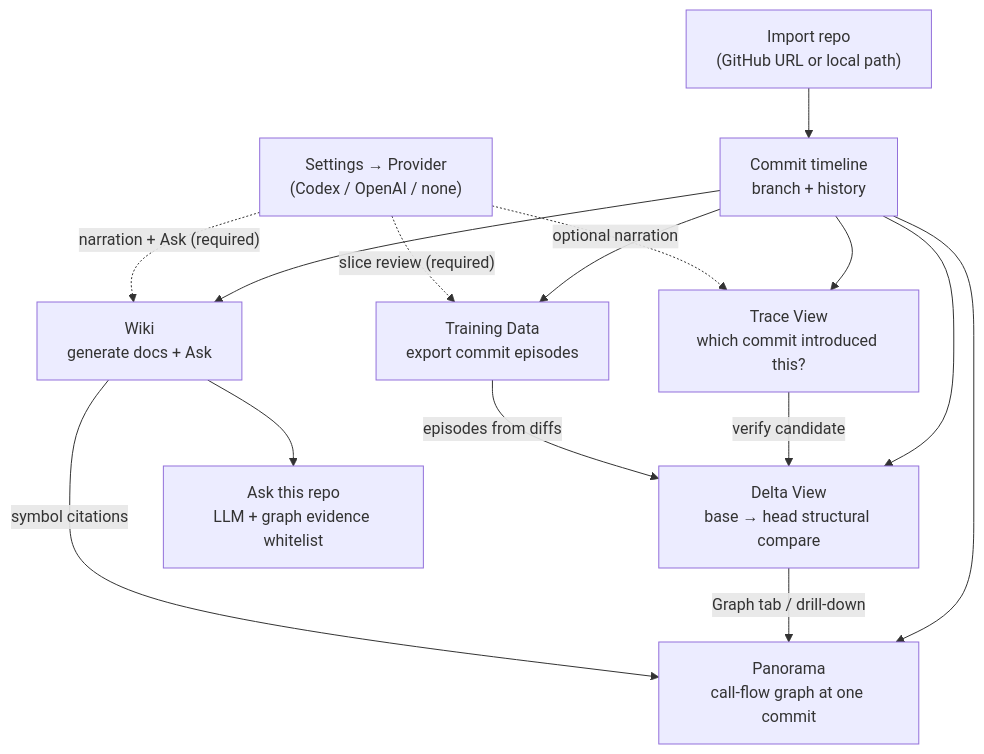
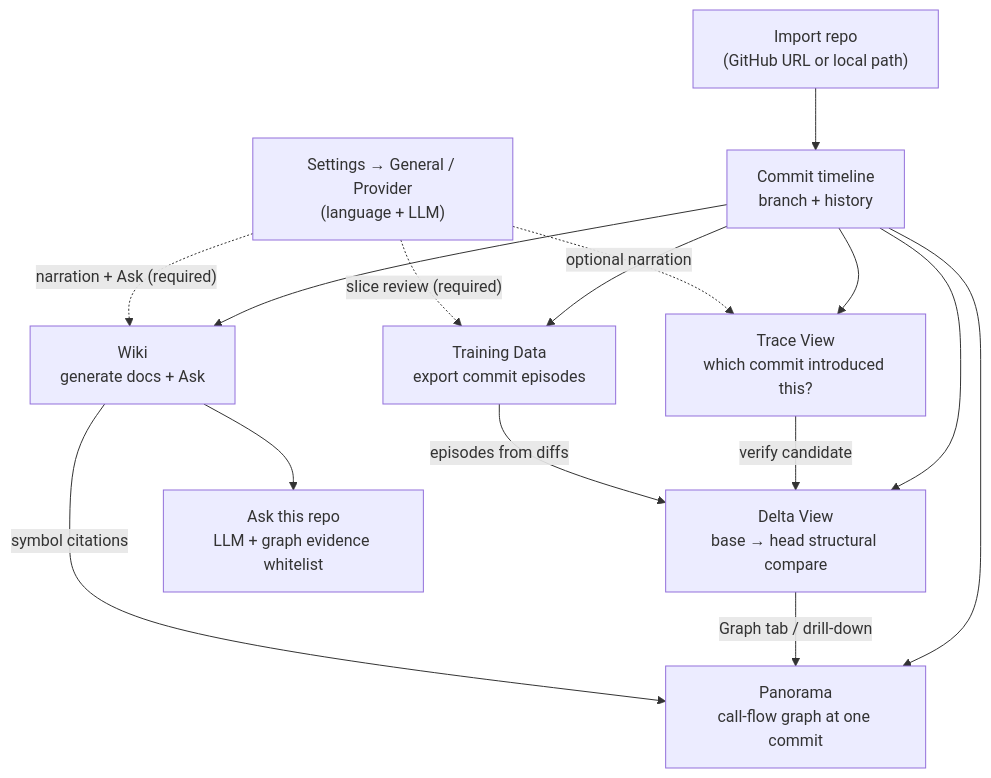
Before and after one commit to ingeniousfrog/CodeDelta: the first of 2 diagrams in README.md, drawn with Mermaid. The commit also changed other lines of this file and 51 other files, not shown here.

````diff
--- a/README.md
+++ b/README.md
@@ -49,24 +49,24 @@
 ```mermaid
 flowchart TB
   Import["Import repo\n(GitHub URL or local path)"]
   Timeline["Commit timeline\nbranch + history"]
 
   Import --> Timeline
 
   Timeline --> Delta["Delta View\nbase → head structural compare"]
   Timeline --> Trace["Trace View\nwhich commit introduced this?"]
   Timeline --> Panorama["Panorama\ncall-flow graph at one commit"]
   Timeline --> Wiki["Wiki\ngenerate docs + Ask"]
   Timeline --> Training["Training Data\nexport commit episodes"]
 
   Trace -->|"verify candidate"| Delta
   Delta -->|"Graph tab / drill-down"| Panorama
   Wiki -->|"symbol citations"| Panorama
   Wiki --> Ask["Ask this repo\nLLM + graph evidence whitelist"]
   Training -->|"episodes from diffs"| Delta
 
-  Provider["Settings → Provider\n(Codex / OpenAI / none)"]
+  Provider["Settings → General / Provider\n(language + LLM)"]
   Provider -.->|"optional narration"| Trace
   Provider -.->|"narration + Ask (required)"| Wiki
   Provider -.->|"slice review (required)"| Training
 ```
````
